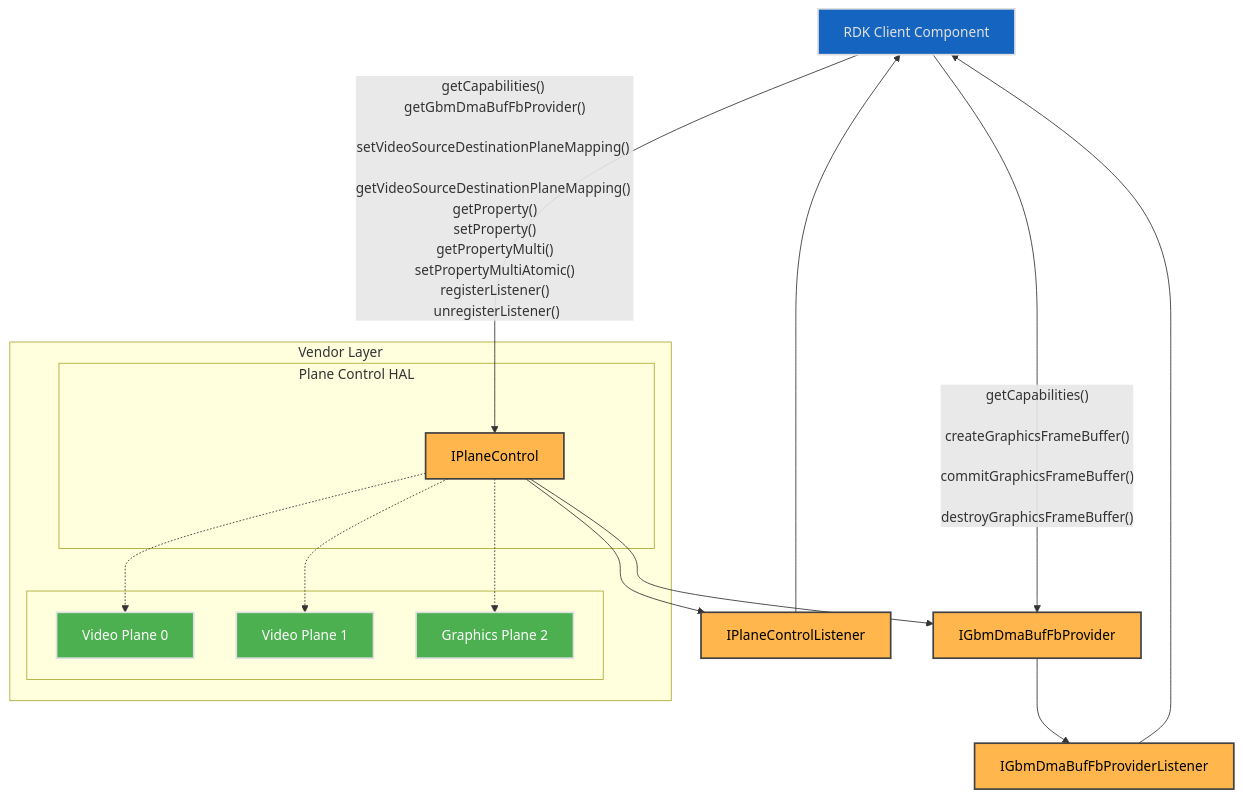
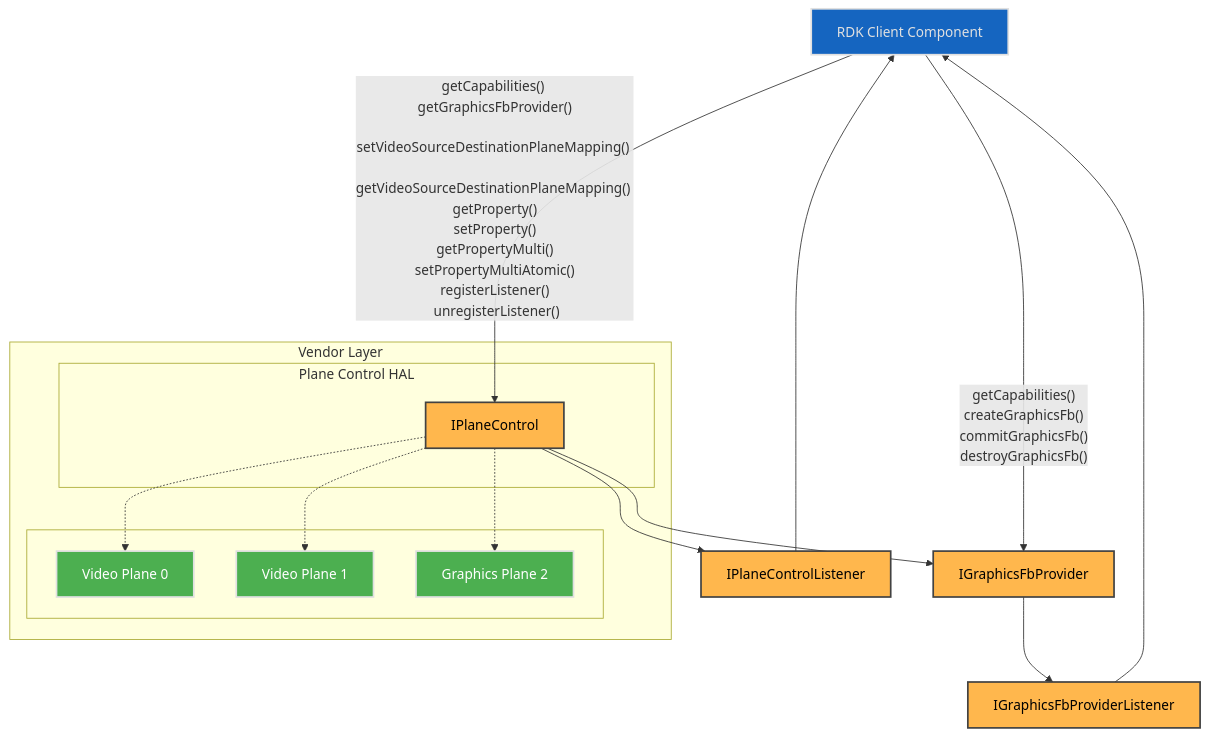
One commit to rdkcentral/rdk-halif-aidl changed the first of 3 diagrams in docs/halif/plane_control/current/plane_control.md. Above: the diagram before and after it, drawn with Mermaid. The commit also changed other lines of this file and 8 other files, not shown here.

Commit message:
Reformeted to made dma-buf support the only graphics frame buffer  and cleaned up the naming consistency for files, parcelables and functions.

````diff
--- a/docs/halif/plane_control/current/plane_control.md
+++ b/docs/halif/plane_control/current/plane_control.md
@@ -84,58 +82,58 @@
 ```mermaid
 flowchart TD
     %% --- Components ---
     RDKClientComponent["RDK Client Component"]
     IPlaneControlListener["IPlaneControlListener"]
-    IGbmDmaBufFbProvider["IGbmDmaBufFbProvider"]
-    IGbmDmaBufFbProviderListener["IGbmDmaBufFbProviderListener"]
+    IGraphicsFbProvider["IGraphicsFbProvider"]
+    IGraphicsFbProviderListener["IGraphicsFbProviderListener"]
 
     subgraph Connections["Vendor Layer"]
         subgraph IPlaneControlHAL["Plane Control HAL"]
             IPlaneControl["IPlaneControl"]
         end
 
         subgraph OutputComponents[" "]
             VideoPlane0["Video Plane 0"]
             VideoPlane1["Video Plane 1"]
             VideoPlane2["Graphics Plane 2"]
         end
     end
 
     %% --- Function Calls Over Single Line ---
-    RDKClientComponent -- getCapabilities() <br> getGbmDmaBufFbProvider() <br> setVideoSourceDestinationPlaneMapping() <br> getVideoSourceDestinationPlaneMapping() <br> getProperty() <br> setProperty() <br> getPropertyMulti() <br> setPropertyMultiAtomic() <br> registerListener() <br> unregisterListener() --> IPlaneControl
+    RDKClientComponent -- getCapabilities() <br> getGraphicsFbProvider() <br> setVideoSourceDestinationPlaneMapping() <br> getVideoSourceDestinationPlaneMapping() <br> getProperty() <br> setProperty() <br> getPropertyMulti() <br> setPropertyMultiAtomic() <br> registerListener() <br> unregisterListener() --> IPlaneControl
     
     RDKClientComponent -- getCapabilities()
-    createGraphicsFrameBuffer()
-    commitGraphicsFrameBuffer()
-    destroyGraphicsFrameBuffer()
-     --> IGbmDmaBufFbProvider
+    createGraphicsFb()
+    commitGraphicsFb()
+    destroyGraphicsFb()
+     --> IGraphicsFbProvider
 
     IPlaneControlListener --> RDKClientComponent
-    IGbmDmaBufFbProviderListener --> RDKClientComponent
+    IGraphicsFbProviderListener --> RDKClientComponent
 
     %% --- Wrapped Connections in a Subgraph ---
         IPlaneControl --> IPlaneControlListener
-        IPlaneControl --> IGbmDmaBufFbProvider
-        IGbmDmaBufFbProvider --> IGbmDmaBufFbProviderListener
+        IPlaneControl --> IGraphicsFbProvider
+        IGraphicsFbProvider --> IGraphicsFbProviderListener
         IPlaneControl -.-> VideoPlane0
         IPlaneControl -.-> VideoPlane1
         IPlaneControl -.-> VideoPlane2
 
     %% --- Apply Colors ---
     classDef background fill:#121212,stroke:none,color:#E0E0E0;
     classDef blue fill:#1565C0,stroke:#E0E0E0,stroke-width:2px,color:#E0E0E0;
     classDef lightGrey fill:#616161,stroke:#E0E0E0,stroke-width:2px,color:#FFFFFF;
     classDef wheat fill:#FFB74D,stroke:#424242,stroke-width:2px,color:#000000;
     classDef green fill:#4CAF50,stroke:#E0E0E0,stroke-width:2px,color:#FFFFFF;
     classDef default fill:#1E1E1E,stroke:#E0E0E0,stroke-width:1px,color:#E0E0E0;
 
     RDKClientComponent:::blue
     IPlaneControl:::wheat
     IPlaneControlListener:::wheat
-    IGbmDmaBufFbProvider:::wheat
-    IGbmDmaBufFbProviderListener:::wheat
+    IGraphicsFbProvider:::wheat
+    IGraphicsFbProviderListener:::wheat
     VideoPlane0:::green
     VideoPlane1:::green
     VideoPlane2:::green
 
 ```
````
